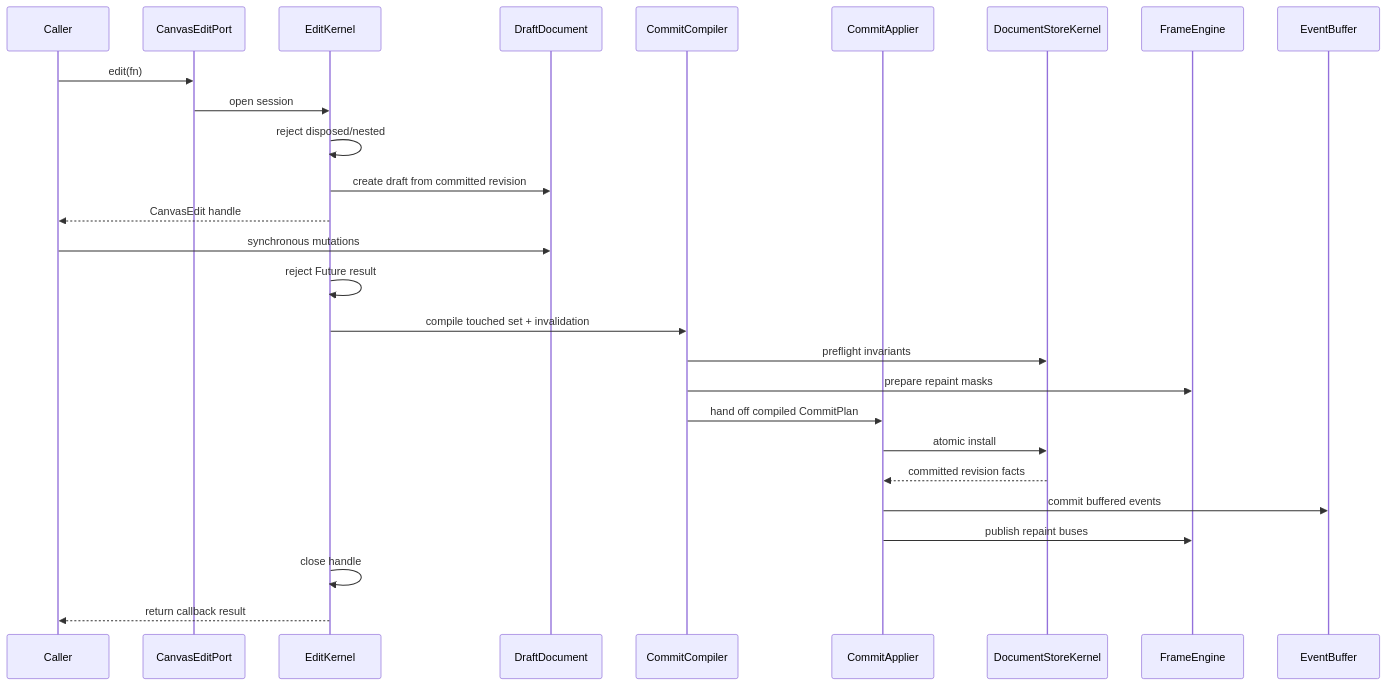
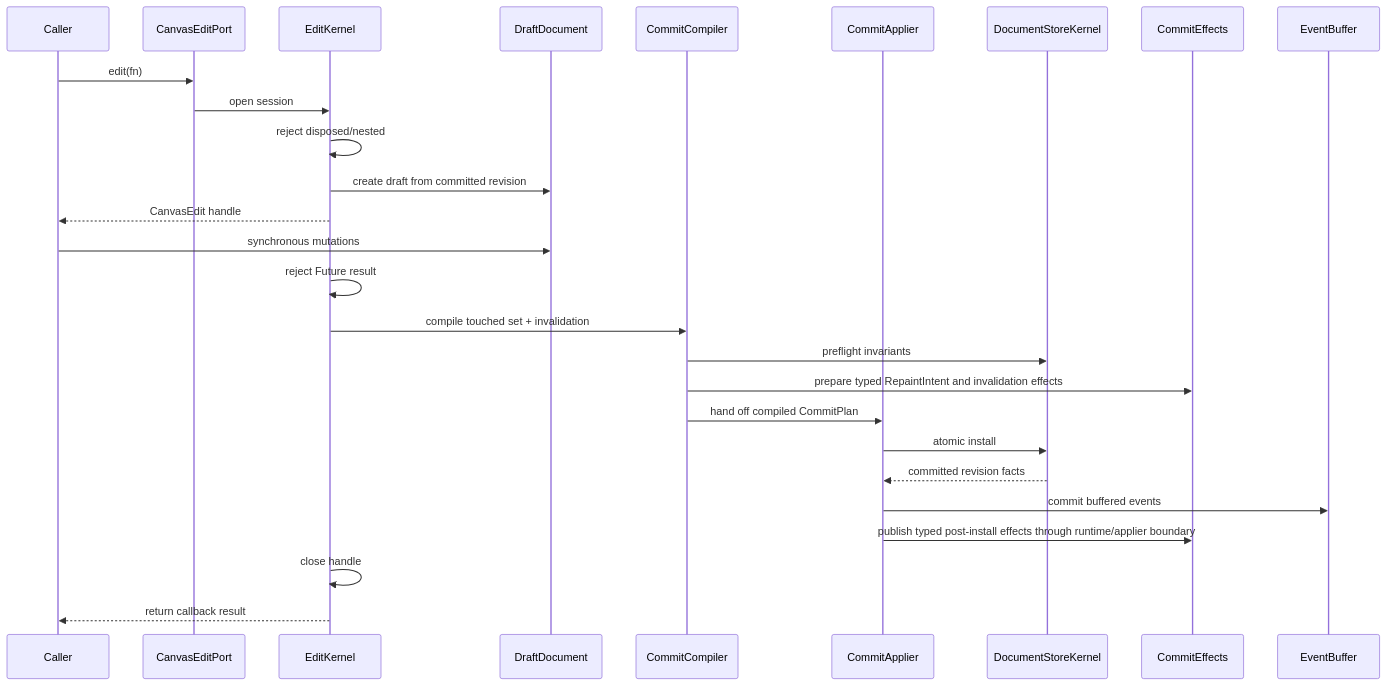
One commit to GreatPika/iwb_canvas_engine changed the first of 2 diagrams in next/iwb_canvas_engine_next/docs/contracts/edit_kernel.md. Above: the diagram before and after it, drawn with Mermaid. The commit also changed other lines of this file and 48 other files, not shown here.

````diff
--- a/next/iwb_canvas_engine_next/docs/contracts/edit_kernel.md
+++ b/next/iwb_canvas_engine_next/docs/contracts/edit_kernel.md
@@ -46,30 +46,30 @@
 ```mermaid
 sequenceDiagram
   participant Caller
   participant API as CanvasEditPort
   participant EK as EditKernel
   participant Draft as DraftDocument
   participant CC as CommitCompiler
   participant Applier as CommitApplier
   participant Store as DocumentStoreKernel
-  participant Frame as FrameEngine
+  participant Effects as CommitEffects
   participant Events as EventBuffer
 
   Caller->>API: edit(fn)
   API->>EK: open session
   EK->>EK: reject disposed/nested
   EK->>Draft: create draft from committed revision
   EK-->>Caller: CanvasEdit handle
   Caller->>Draft: synchronous mutations
   EK->>EK: reject Future result
   EK->>CC: compile touched set + invalidation
   CC->>Store: preflight invariants
-  CC->>Frame: prepare repaint masks
+  CC->>Effects: prepare typed RepaintIntent and invalidation effects
   CC->>Applier: hand off compiled CommitPlan
   Applier->>Store: atomic install
   Store-->>Applier: committed revision facts
   Applier->>Events: commit buffered events
-  Applier->>Frame: publish repaint buses
+  Applier->>Effects: publish typed post-install effects through runtime/applier boundary
   EK->>EK: close handle
   EK-->>Caller: return callback result
 ```
````
